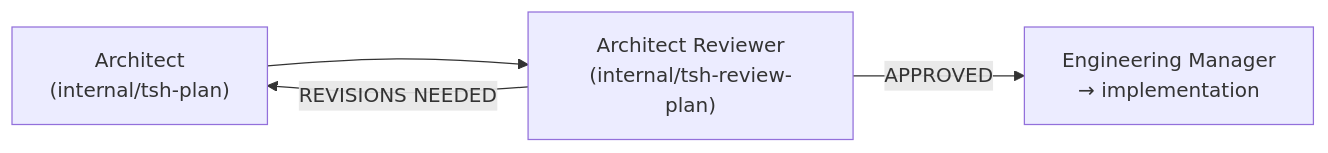
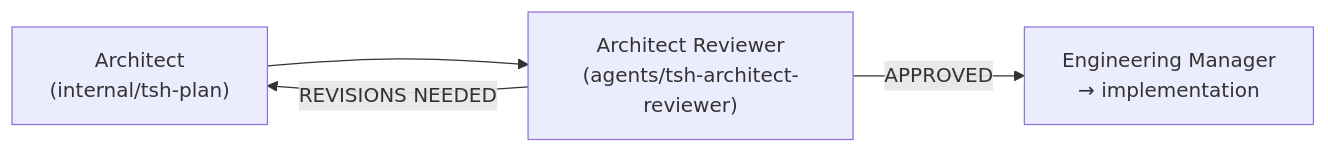
Before and after one commit to kkorus/cursor-collections: the diagram in website/docs/agents/architect-reviewer.md, drawn with Mermaid. The commit also changed other lines of this file and 53 other files, not shown here.

````diff
--- a/website/docs/agents/architect-reviewer.md
+++ b/website/docs/agents/architect-reviewer.md
@@ -75,6 +75,6 @@
 ```mermaid
 flowchart LR
-  Architect["Architect\n(internal/tsh-plan)"] --> ArchitectReviewer["Architect Reviewer\n(internal/tsh-review-plan)"]
+  Architect["Architect\n(internal/tsh-plan)"] --> ArchitectReviewer["Architect Reviewer\n(agents/tsh-architect-reviewer)"]
   ArchitectReviewer -->|"APPROVED"| EM["Engineering Manager\n→ implementation"]
   ArchitectReviewer -->|"REVISIONS NEEDED"| Architect
 ```
````
